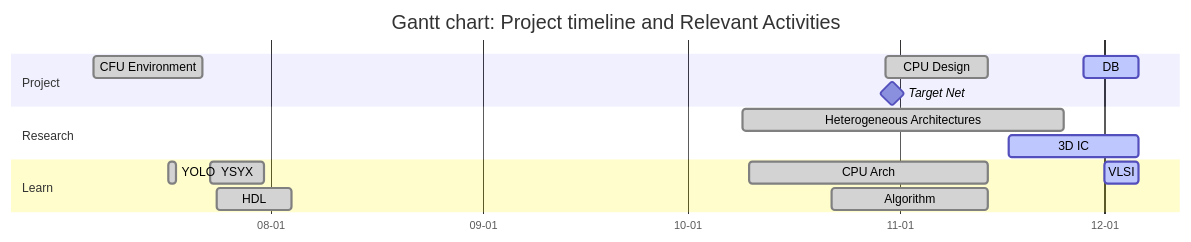
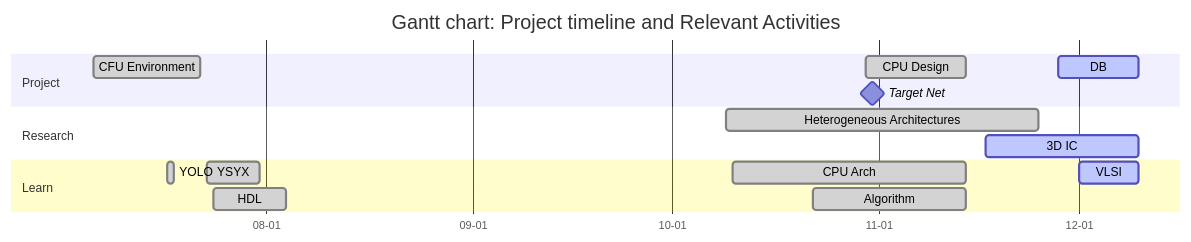
The first of 2 diagrams in tinyml/index.qmd (Marcobisky/Marcobisky.github.io), drawn with Mermaid before and after one commit. The commit also changed 9 other files, not shown here.

````diff
--- a/tinyml/index.qmd
+++ b/tinyml/index.qmd
@@ -48,34 +48,34 @@
 ```{mermaid}
 ---
 displayMode: compact
 ---
 %%| label: fig-timeline
 %%| fig-cap: "Gantt Chart"
 %%| fig-width: 10
 %%| fig-height: 6
 
 gantt
     title Gantt chart: Project timeline and Relevant Activities
     dateFormat  YYYY-MM-DD
     axisFormat  %m-%d
     tickInterval 14d
 
     section Project
         CFU Environment :done, 2025-07-06, 2025-07-22
         Target Net :milestone, 2025-10-31, 0d
         CPU Design :done, 2025-10-30, 2025-11-14
-        DB :active, 2025-11-28, 2025-12-06
+        DB :active, 2025-11-28, 2025-12-10
 
     section Research
         Heterogeneous Architectures :done, 2025-10-09, 2025-11-25
-        3D IC :active, 2025-11-17, 2025-12-06
+        3D IC :active, 2025-11-17, 2025-12-10
 
     section Learn
         YSYX :done, 2025-07-23, 2025-07-31
         HDL :done, 2025-07-24, 2025-08-04
         YOLO :done, 2025-07-17, 1d
         CPU Arch :done, 2025-10-10, 2025-11-14
         Algorithm :done, 2025-10-22, 2025-11-14
-        VLSI :active, 2025-12-01, 2025-12-06
+        VLSI :active, 2025-12-01, 2025-12-10
 
 ```
````
